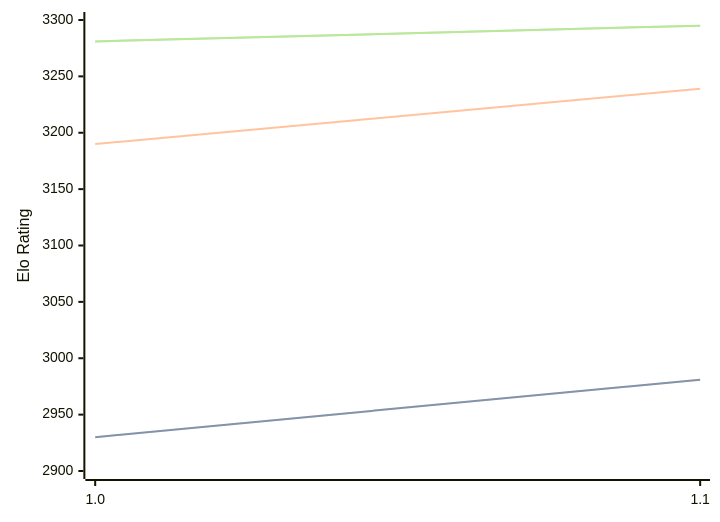
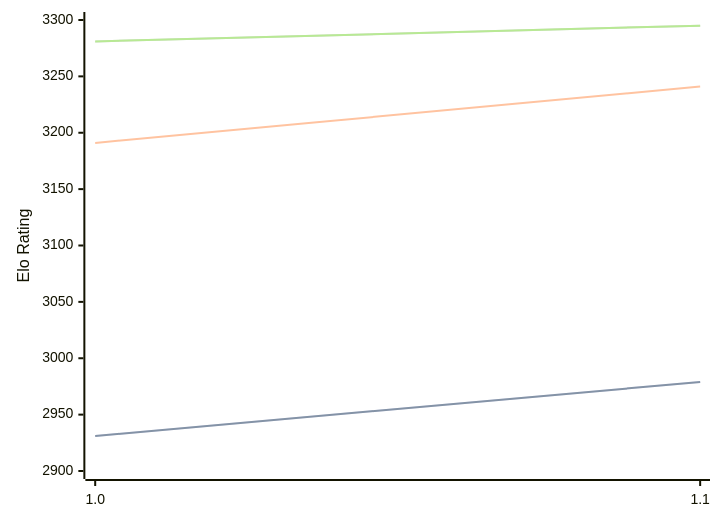
Before and after one commit to computer-chess-index/cci: the diagram in engines/RodentV.md, drawn with Mermaid. The commit also changed other lines of this file, not shown here.

````diff
--- a/engines/RodentV.md
+++ b/engines/RodentV.md
@@ -32,11 +32,11 @@
 ```mermaid
 %%{init: {"theme":"base","themeVariables":{"seriesColors:['#a3a3a3','#222221','#faa371']}}}%%
 xychart-beta
   x-axis ["1.0", "1.1"]
   y-axis "Elo Rating" 2900 --> 3300
-  line "STC (8.0+0.08s)" [2930, 2981]
-  line "STC (8.0+0.08s)" [2930, 2981]
-  line "LTC (60.0+0.60s)" [3190, 3239]
+  line "STC (8.0+0.08s)" [2931, 2979]
+  line "STC (8.0+0.08s)" [2931, 2979]
+  line "LTC (60.0+0.60s)" [3191, 3241]
   line "VLTC (2m24s+1.12s)" [3281, 3295]
   line "VLTC (2m24s+1.12s)" [3281, 3295]
 ```
````
